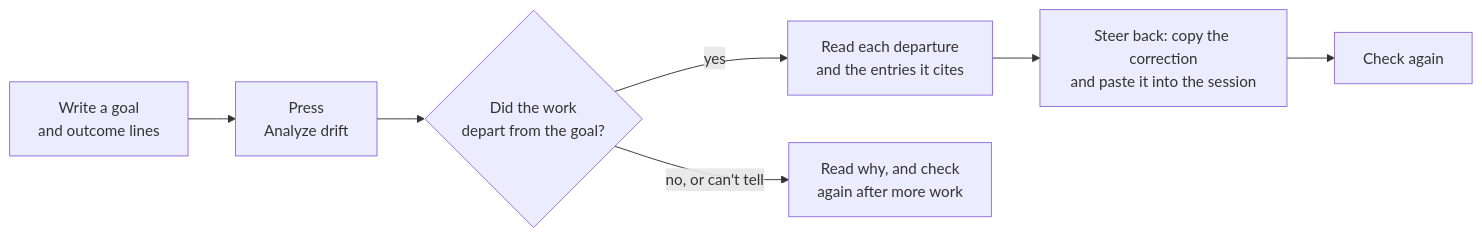
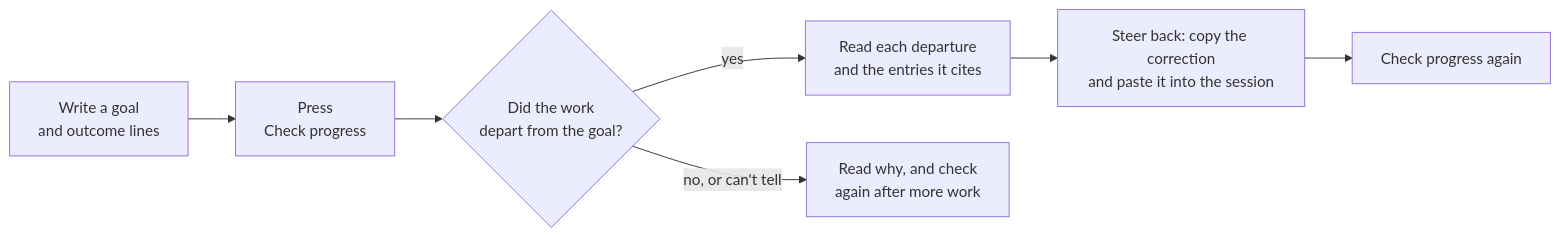
One commit to spacedock-dev/compass changed the first of 2 diagrams in docs/how-it-works.md. Above: the diagram before and after it, drawn with Mermaid. The commit also changed other lines of this file and 9 other files, not shown here.

Commit message:
fix(session): reconcile progress check guidance and contracts

````diff
--- a/docs/how-it-works.md
+++ b/docs/how-it-works.md
@@ -30,9 +30,9 @@
 ```mermaid
 flowchart LR
-    A["Write a goal<br/>and outcome lines"] --> B["Press<br/>Analyze drift"]
+    A["Write a goal<br/>and outcome lines"] --> B["Press<br/>Check progress"]
     B --> C{"Did the work<br/>depart from the goal?"}
     C -- "yes" --> D["Read each departure<br/>and the entries it cites"]
     D --> E["Steer back: copy the correction<br/>and paste it into the session"]
     C -- "no, or can't tell" --> F["Read why, and check<br/>again after more work"]
-    E --> G["Check again"]
+    E --> G["Check progress again"]
 ```
````
